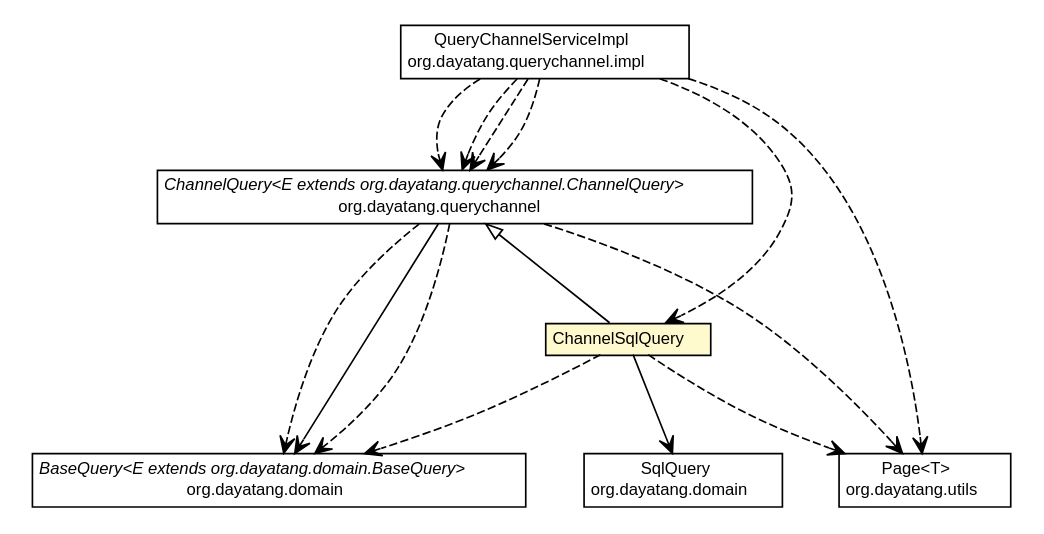
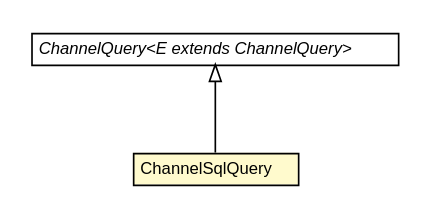
One commit to dayatang/dddlib changed the diagram in dddlib-query-channel/apidocs/org/dayatang/querychannel/query/ChannelSqlQuery.dot. Above: the diagram before and after it, drawn with Graphviz. The commit also changed 148 other files, not shown here.

```diff
--- a/dddlib-query-channel/apidocs/org/dayatang/querychannel/query/ChannelSqlQuery.dot
+++ b/dddlib-query-channel/apidocs/org/dayatang/querychannel/query/ChannelSqlQuery.dot
@@ -1,81 +1,26 @@
 #!/usr/local/bin/dot
 #
 # Class diagram 
 # Generated by UMLGraph version R5_6_6-8-g8d7759 (http://www.umlgraph.org/)
 #
 
 digraph G {
 	edge [fontname="Helvetica",fontsize=10,labelfontname="Helvetica",labelfontsize=10];
 	node [fontname="Helvetica",fontsize=10,shape=plaintext];
 	nodesep=0.25;
 	ranksep=0.5;
 	// org.dayatang.querychannel.ChannelQuery<E extends org.dayatang.querychannel.ChannelQuery>
-	c67 [label=<<table title="org.dayatang.querychannel.ChannelQuery" border="0" cellborder="1" cellspacing="0" cellpadding="2" port="p" href="../ChannelQuery.html">
+	c44 [label=<<table title="org.dayatang.querychannel.ChannelQuery" border="0" cellborder="1" cellspacing="0" cellpadding="2" port="p" href="../ChannelQuery.html">
 		<tr><td><table border="0" cellspacing="0" cellpadding="1">
-<tr><td align="center" balign="center"><font face="Helvetica-Oblique"> ChannelQuery&lt;E extends org.dayatang.querychannel.ChannelQuery&gt; </font></td></tr>
-<tr><td align="center" balign="center"> org.dayatang.querychannel </td></tr>
+<tr><td align="center" balign="center"><font face="Helvetica-Oblique"> ChannelQuery&lt;E extends ChannelQuery&gt; </font></td></tr>
 		</table></td></tr>
 		</table>>, URL="../ChannelQuery.html", fontname="Helvetica", fontcolor="black", fontsize=10.0];
-	// org.dayatang.querychannel.impl.QueryChannelServiceImpl
-	c68 [label=<<table title="org.dayatang.querychannel.impl.QueryChannelServiceImpl" border="0" cellborder="1" cellspacing="0" cellpadding="2" port="p" href="../impl/QueryChannelServiceImpl.html">
-		<tr><td><table border="0" cellspacing="0" cellpadding="1">
-<tr><td align="center" balign="center"> QueryChannelServiceImpl </td></tr>
-<tr><td align="center" balign="center"> org.dayatang.querychannel.impl </td></tr>
-		</table></td></tr>
-		</table>>, URL="../impl/QueryChannelServiceImpl.html", fontname="Helvetica", fontcolor="black", fontsize=10.0];
 	// org.dayatang.querychannel.query.ChannelSqlQuery
-	c69 [label=<<table title="org.dayatang.querychannel.query.ChannelSqlQuery" border="0" cellborder="1" cellspacing="0" cellpadding="2" port="p" bgcolor="lemonChiffon" href="./ChannelSqlQuery.html">
+	c46 [label=<<table title="org.dayatang.querychannel.query.ChannelSqlQuery" border="0" cellborder="1" cellspacing="0" cellpadding="2" port="p" bgcolor="lemonChiffon" href="./ChannelSqlQuery.html">
 		<tr><td><table border="0" cellspacing="0" cellpadding="1">
 <tr><td align="center" balign="center"> ChannelSqlQuery </td></tr>
 		</table></td></tr>
 		</table>>, URL="./ChannelSqlQuery.html", fontname="Helvetica", fontcolor="black", fontsize=10.0];
 	//org.dayatang.querychannel.query.ChannelSqlQuery extends org.dayatang.querychannel.ChannelQuery<org.dayatang.querychannel.query.ChannelSqlQuery>
-	c67:p -> c69:p [dir=back,arrowtail=empty];
-	// org.dayatang.querychannel.ChannelQuery<E extends org.dayatang.querychannel.ChannelQuery> NAVASSOC org.dayatang.domain.BaseQuery<E extends org.dayatang.domain.BaseQuery>
-	c67:p -> c72:p [taillabel="", label=" "headlabel="", fontname="Helvetica", fontcolor="black", fontsize=10.0, color="black", arrowhead=open];
-	// org.dayatang.querychannel.query.ChannelSqlQuery NAVASSOC org.dayatang.domain.SqlQuery
-	c69:p -> c73:p [taillabel="", label=" "headlabel="", fontname="Helvetica", fontcolor="black", fontsize=10.0, color="black", arrowhead=open];
-	// org.dayatang.querychannel.ChannelQuery<E extends org.dayatang.querychannel.ChannelQuery> DEPEND org.dayatang.domain.BaseQuery<E extends org.dayatang.domain.BaseQuery>
-	c67:p -> c72:p [taillabel="", label=" "headlabel="", fontname="Helvetica", fontcolor="black", fontsize=10.0, color="black", arrowhead=open, style=dashed];
-	// org.dayatang.querychannel.ChannelQuery<E extends org.dayatang.querychannel.ChannelQuery> DEPEND org.dayatang.domain.BaseQuery<E extends org.dayatang.domain.BaseQuery>
-	c67:p -> c72:p [taillabel="", label=" "headlabel="", fontname="Helvetica", fontcolor="black", fontsize=10.0, color="black", arrowhead=open, style=dashed];
-	// org.dayatang.querychannel.ChannelQuery<E extends org.dayatang.querychannel.ChannelQuery> DEPEND org.dayatang.utils.Page<T>
-	c67:p -> c74:p [taillabel="", label=" "headlabel="", fontname="Helvetica", fontcolor="black", fontsize=10.0, color="black", arrowhead=open, style=dashed];
-	// org.dayatang.querychannel.impl.QueryChannelServiceImpl DEPEND org.dayatang.querychannel.ChannelQuery<E extends org.dayatang.querychannel.ChannelQuery>
-	c68:p -> c67:p [taillabel="", label=" "headlabel="", fontname="Helvetica", fontcolor="black", fontsize=10.0, color="black", arrowhead=open, style=dashed];
-	// org.dayatang.querychannel.impl.QueryChannelServiceImpl DEPEND org.dayatang.querychannel.ChannelQuery<E extends org.dayatang.querychannel.ChannelQuery>
-	c68:p -> c67:p [taillabel="", label=" "headlabel="", fontname="Helvetica", fontcolor="black", fontsize=10.0, color="black", arrowhead=open, style=dashed];
-	// org.dayatang.querychannel.impl.QueryChannelServiceImpl DEPEND org.dayatang.querychannel.query.ChannelSqlQuery
-	c68:p -> c69:p [taillabel="", label=" "headlabel="", fontname="Helvetica", fontcolor="black", fontsize=10.0, color="black", arrowhead=open, style=dashed];
-	// org.dayatang.querychannel.impl.QueryChannelServiceImpl DEPEND org.dayatang.utils.Page<T>
-	c68:p -> c74:p [taillabel="", label=" "headlabel="", fontname="Helvetica", fontcolor="black", fontsize=10.0, color="black", arrowhead=open, style=dashed];
-	// org.dayatang.querychannel.impl.QueryChannelServiceImpl DEPEND org.dayatang.querychannel.ChannelQuery<E extends org.dayatang.querychannel.ChannelQuery>
-	c68:p -> c67:p [taillabel="", label=" "headlabel="", fontname="Helvetica", fontcolor="black", fontsize=10.0, color="black", arrowhead=open, style=dashed];
-	// org.dayatang.querychannel.impl.QueryChannelServiceImpl DEPEND org.dayatang.querychannel.ChannelQuery<E extends org.dayatang.querychannel.ChannelQuery>
-	c68:p -> c67:p [taillabel="", label=" "headlabel="", fontname="Helvetica", fontcolor="black", fontsize=10.0, color="black", arrowhead=open, style=dashed];
-	// org.dayatang.querychannel.query.ChannelSqlQuery DEPEND org.dayatang.domain.BaseQuery<E extends org.dayatang.domain.BaseQuery>
-	c69:p -> c72:p [taillabel="", label=" "headlabel="", fontname="Helvetica", fontcolor="black", fontsize=10.0, color="black", arrowhead=open, style=dashed];
-	// org.dayatang.querychannel.query.ChannelSqlQuery DEPEND org.dayatang.utils.Page<T>
-	c69:p -> c74:p [taillabel="", label=" "headlabel="", fontname="Helvetica", fontcolor="black", fontsize=10.0, color="black", arrowhead=open, style=dashed];
-	// org.dayatang.utils.Page<T>
-	c74 [label=<<table title="org.dayatang.utils.Page" border="0" cellborder="1" cellspacing="0" cellpadding="2" port="p" href="http://java.sun.com/j2se/1.4.2/docs/api/org/dayatang/utils/Page.html">
-		<tr><td><table border="0" cellspacing="0" cellpadding="1">
-<tr><td align="center" balign="center"> Page&lt;T&gt; </td></tr>
-<tr><td align="center" balign="center"> org.dayatang.utils </td></tr>
-		</table></td></tr>
-		</table>>, URL="http://java.sun.com/j2se/1.4.2/docs/api/org/dayatang/utils/Page.html", fontname="Helvetica", fontcolor="black", fontsize=10.0];
-	// org.dayatang.domain.SqlQuery
-	c73 [label=<<table title="org.dayatang.domain.SqlQuery" border="0" cellborder="1" cellspacing="0" cellpadding="2" port="p" href="http://java.sun.com/j2se/1.4.2/docs/api/org/dayatang/domain/SqlQuery.html">
-		<tr><td><table border="0" cellspacing="0" cellpadding="1">
-<tr><td align="center" balign="center"> SqlQuery </td></tr>
-<tr><td align="center" balign="center"> org.dayatang.domain </td></tr>
-		</table></td></tr>
-		</table>>, URL="http://java.sun.com/j2se/1.4.2/docs/api/org/dayatang/domain/SqlQuery.html", fontname="Helvetica", fontcolor="black", fontsize=10.0];
-	// org.dayatang.domain.BaseQuery<E extends org.dayatang.domain.BaseQuery>
-	c72 [label=<<table title="org.dayatang.domain.BaseQuery" border="0" cellborder="1" cellspacing="0" cellpadding="2" port="p" href="http://java.sun.com/j2se/1.4.2/docs/api/org/dayatang/domain/BaseQuery.html">
-		<tr><td><table border="0" cellspacing="0" cellpadding="1">
-<tr><td align="center" balign="center"><font face="Helvetica-Oblique"> BaseQuery&lt;E extends org.dayatang.domain.BaseQuery&gt; </font></td></tr>
-<tr><td align="center" balign="center"> org.dayatang.domain </td></tr>
-		</table></td></tr>
-		</table>>, URL="http://java.sun.com/j2se/1.4.2/docs/api/org/dayatang/domain/BaseQuery.html", fontname="Helvetica", fontcolor="black", fontsize=10.0];
+	c44:p -> c46:p [dir=back,arrowtail=empty];
 }
```
